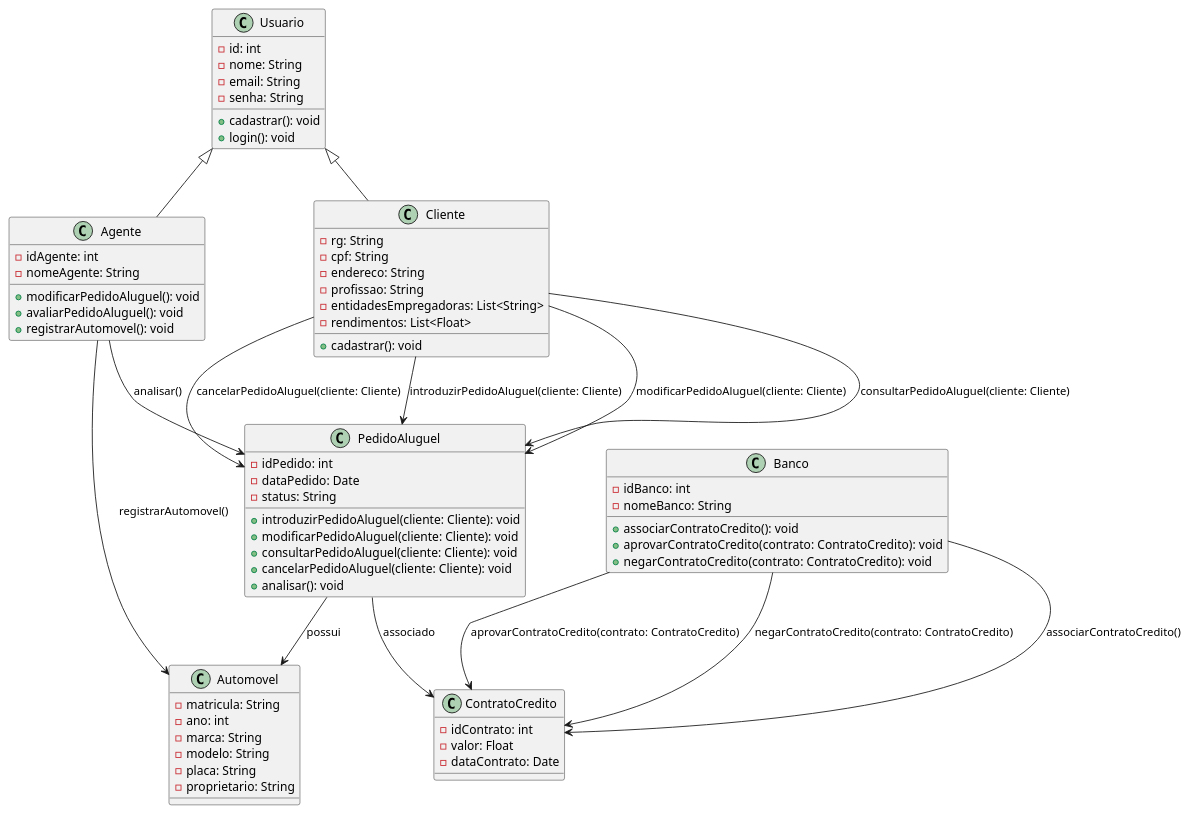
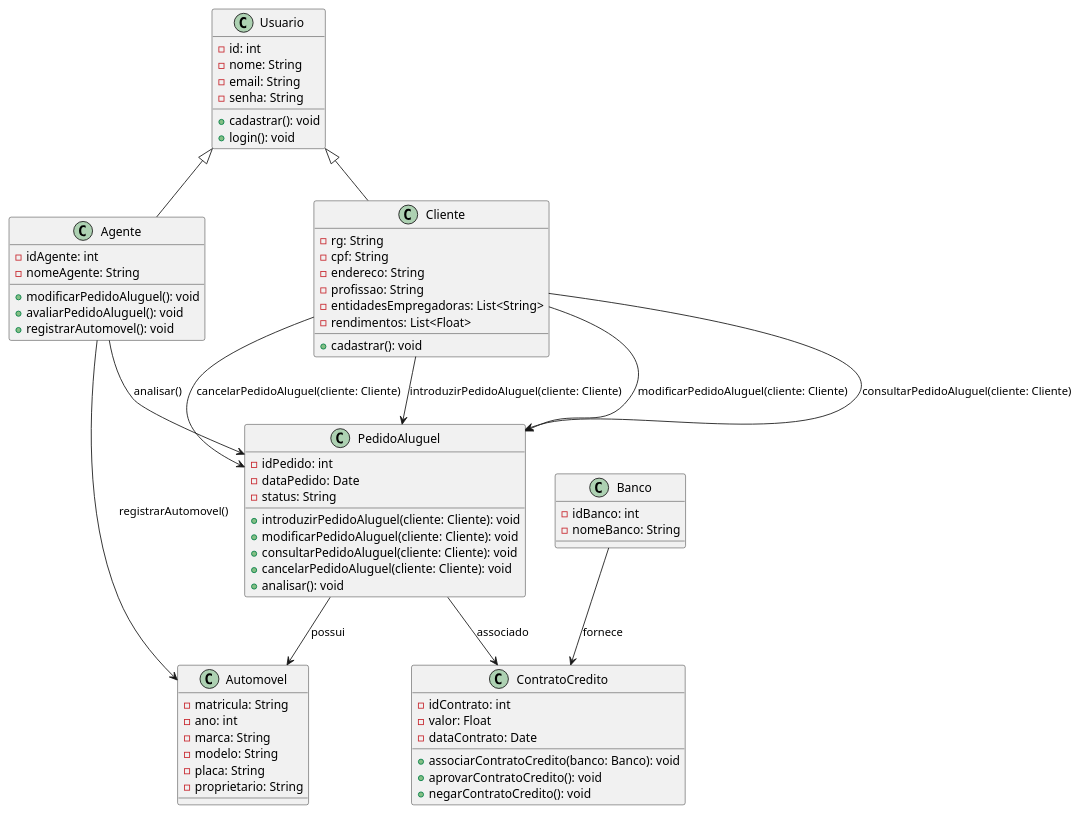
The diagram in project/code/DiagramaDeClasse.puml (PedroRamos98/Aluguel-De-Carros), drawn with PlantUML before and after one commit. The commit also changed 1 other file, not shown here.

Commit message:
doc: fixed class-diagram and use-cases

```diff
--- a/project/code/DiagramaDeClasse.puml
+++ b/project/code/DiagramaDeClasse.puml
@@ -1,80 +1,78 @@
 @startuml
 
 ' Define classes
 class Usuario {
   -id: int
   -nome: String
   -email: String
   -senha: String
   +cadastrar(): void
   +login(): void
 }
 
 class Cliente {
   -rg: String
   -cpf: String
   -endereco: String
   -profissao: String
   -entidadesEmpregadoras: List<String>
   -rendimentos: List<Float>
 
   +cadastrar(): void
 }
 
 class Agente {
   -idAgente: int
   -nomeAgente: String
   +modificarPedidoAluguel(): void
   +avaliarPedidoAluguel(): void
   +registrarAutomovel(): void
 }
 
 class Banco {
   -idBanco: int
   -nomeBanco: String
-  +associarContratoCredito(): void
-  +aprovarContratoCredito(contrato: ContratoCredito): void
-  +negarContratoCredito(contrato: ContratoCredito): void
 }
 
 class PedidoAluguel {
   -idPedido: int
   -dataPedido: Date
   -status: String
   +introduzirPedidoAluguel(cliente: Cliente): void
-    +modificarPedidoAluguel(cliente: Cliente): void
-    +consultarPedidoAluguel(cliente: Cliente): void
-    +cancelarPedidoAluguel(cliente: Cliente): void
+  +modificarPedidoAluguel(cliente: Cliente): void
+  +consultarPedidoAluguel(cliente: Cliente): void
+  +cancelarPedidoAluguel(cliente: Cliente): void
   +analisar(): void
 }
 
 class Automovel {
   -matricula: String
   -ano: int
   -marca: String
   -modelo: String
   -placa: String
   -proprietario: String
 }
 
 class ContratoCredito {
   -idContrato: int
   -valor: Float
   -dataContrato: Date
+  +associarContratoCredito(banco: Banco): void
+  +aprovarContratoCredito(): void
+  +negarContratoCredito(): void
 }
 
 Usuario <|-- Cliente
 Usuario <|-- Agente
 Agente --> PedidoAluguel : analisar()
 Cliente --> PedidoAluguel : introduzirPedidoAluguel(cliente: Cliente)
 Cliente --> PedidoAluguel : modificarPedidoAluguel(cliente: Cliente)
 Cliente --> PedidoAluguel : consultarPedidoAluguel(cliente: Cliente)
 Cliente --> PedidoAluguel : cancelarPedidoAluguel(cliente: Cliente)
 Agente --> Automovel : registrarAutomovel()
-Banco --> ContratoCredito : associarContratoCredito()
-Banco --> ContratoCredito : aprovarContratoCredito(contrato: ContratoCredito)
-Banco --> ContratoCredito : negarContratoCredito(contrato: ContratoCredito)
+Banco --> ContratoCredito : fornece
 PedidoAluguel --> Automovel : possui
 PedidoAluguel --> ContratoCredito : associado
 
 @enduml
```
